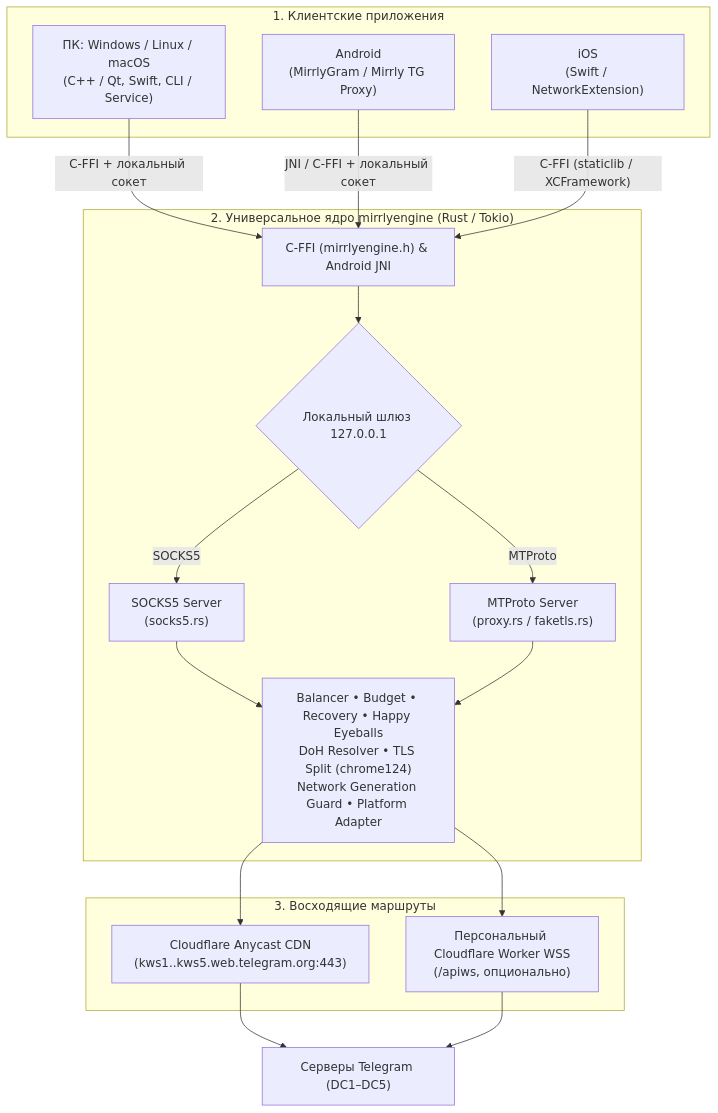
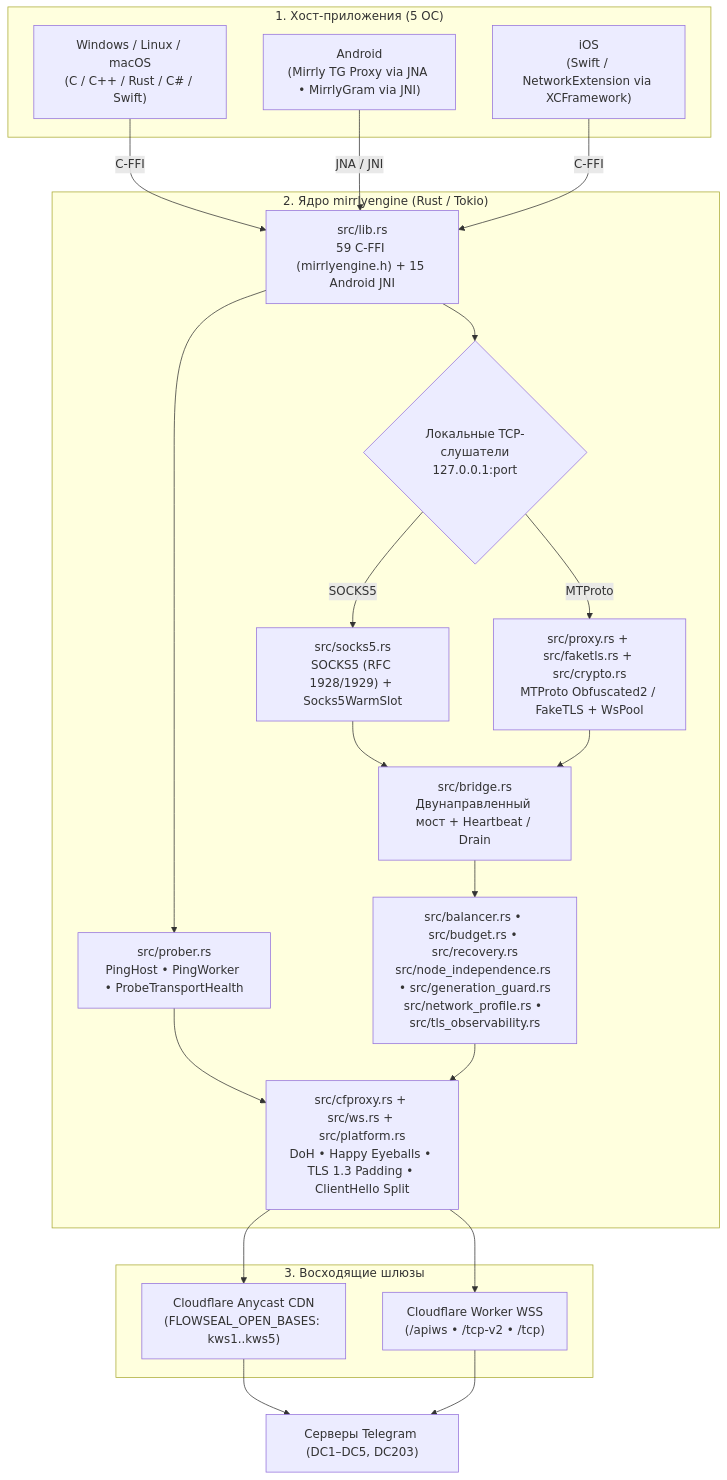
Before and after one commit to joycecurcirt539-dot/mirrlyengine: the diagram in README.md, drawn with Mermaid. The commit also changed other lines of this file and 21 other files, not shown here.

Commit message:
feat: sync FFI contract, add native probers, TLS 1.3 record padding, and update README

````diff
--- a/README.md
+++ b/README.md
@@ -115,36 +135,43 @@
 ```mermaid
 flowchart TD
-    subgraph Clients ["1. Клиентские приложения"]
-        PC["ПК: Windows / Linux / macOS\n(C++ / Qt, Swift, CLI / Service)"]
-        AND["Android\n(MirrlyGram / Mirrly TG Proxy)"]
-        IOS["iOS\n(Swift / NetworkExtension)"]
+    subgraph Hosts ["1. Хост-приложения (5 ОС)"]
+        Desktop["Windows / Linux / macOS\n(C / C++ / Rust / C# / Swift)"]
+        Android["Android\n(Mirrly TG Proxy via JNA • MirrlyGram via JNI)"]
+        AppleIOS["iOS\n(Swift / NetworkExtension via XCFramework)"]
     end
 
-    subgraph RustCore ["2. Универсальное ядро mirrlyengine (Rust / Tokio)"]
-        ABI["C-FFI (mirrlyengine.h) & Android JNI"]
-        Gateway{"Локальный шлюз 127.0.0.1"}
-        SOCKS["SOCKS5 Server\n(socks5.rs)"]
-        MTP["MTProto Server\n(proxy.rs / faketls.rs)"]
-        NetStack["Balancer • Budget • Recovery • Happy Eyeballs\nDoH Resolver • TLS Split (chrome124)\nNetwork Generation Guard • Platform Adapter"]
+    subgraph Engine ["2. Ядро mirrlyengine (Rust / Tokio)"]
+        FFI["src/lib.rs\n59 C-FFI (mirrlyengine.h) + 15 Android JNI"]
+        Listeners{"Локальные TCP-слушатели\n127.0.0.1:port"}
+        Socks5["src/socks5.rs\nSOCKS5 (RFC 1928/1929) + Socks5WarmSlot"]
+        Mtproto["src/proxy.rs + src/faketls.rs + src/crypto.rs\nMTProto Obfuscated2 / FakeTLS + WsPool"]
+        Bridge["src/bridge.rs\nДвунаправленный мост + Heartbeat / Drain"]
+        Prober["src/prober.rs\nPingHost • PingWorker • ProbeTransportHealth"]
+        Control["src/balancer.rs • src/budget.rs • src/recovery.rs\nsrc/node_independence.rs • src/generation_guard.rs\nsrc/network_profile.rs • src/tls_observability.rs"]
+        Transport["src/cfproxy.rs + src/ws.rs + src/platform.rs\nDoH • Happy Eyeballs • TLS 1.3 Padding • ClientHello Split"]
 
-        PC -->|"C-FFI + локальный сокет"| ABI
-        AND -->|"JNI / C-FFI + локальный сокет"| ABI
-        IOS -->|"C-FFI (staticlib / XCFramework)"| ABI
+        Desktop -->|"C-FFI"| FFI
+        Android -->|"JNA / JNI"| FFI
+        AppleIOS -->|"C-FFI"| FFI
 
-        ABI --> Gateway
-        Gateway -->|"SOCKS5"| SOCKS
-        Gateway -->|"MTProto"| MTP
-        SOCKS --> NetStack
-        MTP --> NetStack
+        FFI --> Listeners
+        FFI --> Prober
+        Listeners -->|"SOCKS5"| Socks5
+        Listeners -->|"MTProto"| Mtproto
+        Socks5 --> Bridge
+        Mtproto --> Bridge
+        Bridge --> Control
+        Prober --> Transport
+        Control --> Transport
     end
 
-    subgraph Uplinks ["3. Восходящие маршруты"]
-        Anycast["Cloudflare Anycast CDN\n(kws1..kws5.web.telegram.org:443)"]
-        Worker["Персональный Cloudflare Worker WSS\n(/apiws, опционально)"]
-        NetStack --> Anycast
-        NetStack --> Worker
+    subgraph Upstream ["3. Восходящие шлюзы"]
+        Flowseal["Cloudflare Anycast CDN\n(FLOWSEAL_OPEN_BASES: kws1..kws5)"]
+        CFWorker["Cloudflare Worker WSS\n(/apiws • /tcp-v2 • /tcp)"]
+        Transport --> Flowseal
+        Transport --> CFWorker
     end
 
-    Anycast --> TG_DC["Серверы Telegram (DC1–DC5)"]
-    Worker --> TG_DC
+    Flowseal --> TelegramDC["Серверы Telegram (DC1–DC5, DC203)"]
+    CFWorker --> TelegramDC
 ```
````
